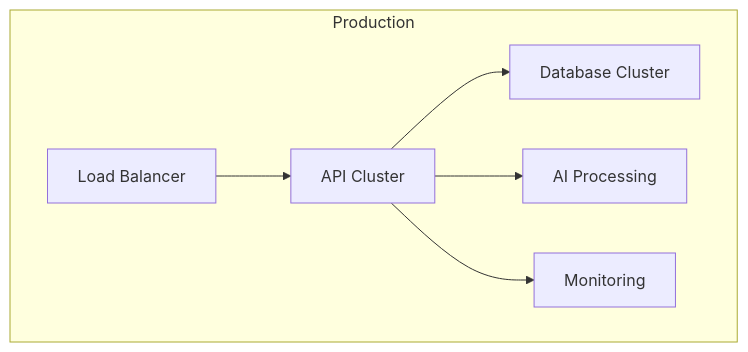
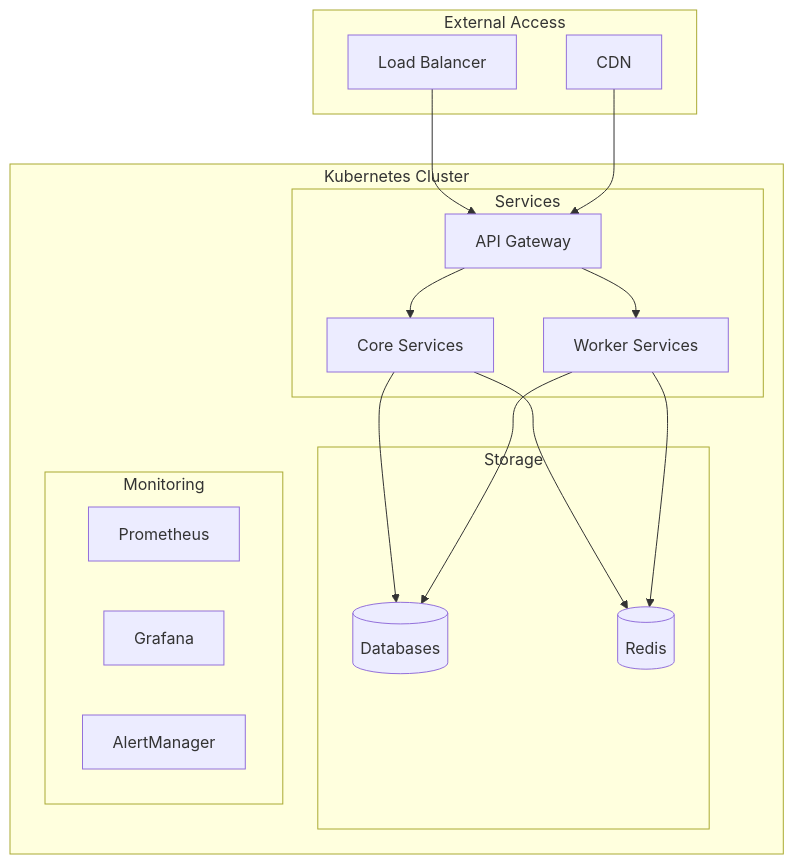
The diagram in docs/DEPLOYMENT.md (nabz0r/universal-ssl-validator), drawn with Mermaid before and after one commit. The commit also changed other lines of this file, not shown here.

````diff
--- a/docs/DEPLOYMENT.md
+++ b/docs/DEPLOYMENT.md
@@ -5,9 +71,31 @@
 ```mermaid
 graph TB
-    subgraph Production
-        A[Load Balancer] --> B[API Cluster]
-        B --> C[Database Cluster]
-        B --> D[AI Processing]
-        B --> E[Monitoring]
+    subgraph External Access
+        LB[Load Balancer]
+        CDN[CDN]
     end
+
+    subgraph Kubernetes Cluster
+        subgraph Services
+            API[API Gateway]
+            Core[Core Services]
+            Worker[Worker Services]
+        end
+        
+        subgraph Storage
+            DB[(Databases)]
+            Cache[(Redis)]
+        end
+        
+        subgraph Monitoring
+            Prom[Prometheus]
+            Graf[Grafana]
+            Alert[AlertManager]
+        end
+    end
+
+    LB --> API
+    CDN --> API
+    API --> Core & Worker
+    Core & Worker --> DB & Cache
 ```
````
